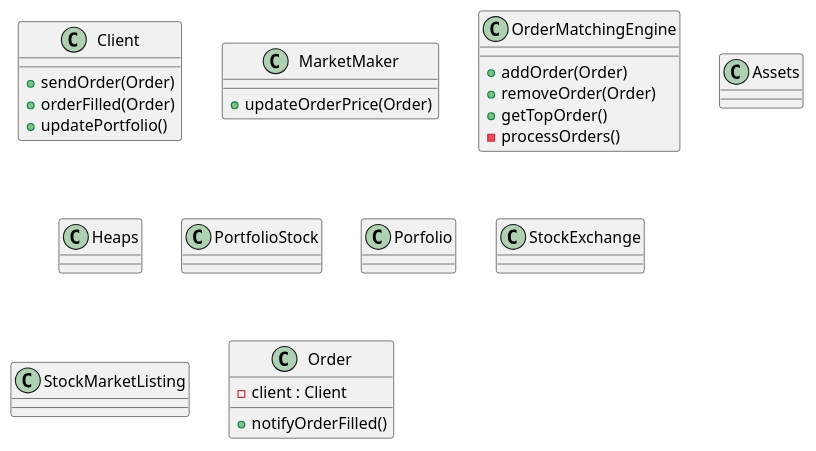
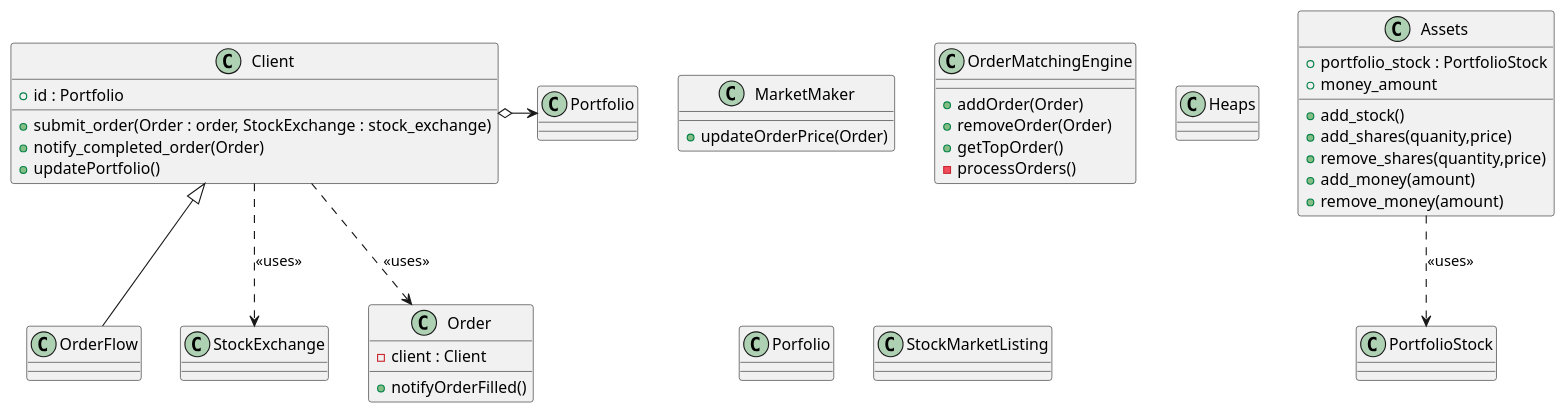
One commit to oli3161/TradingSystem changed the diagram in trading/diagrams/exchange_logic.plantuml. Above: the diagram before and after it, drawn with PlantUML. The commit also changed 1 other file, not shown here.

Commit message:
slight uml changes and finish orderFlow

```diff
--- a/trading/diagrams/exchange_logic.plantuml
+++ b/trading/diagrams/exchange_logic.plantuml
@@ -1,62 +1,75 @@
 @startuml exchange_logic
 
 class Client{
-    +sendOrder(Order)
-    +orderFilled(Order)
+    + id : Portfolio
+    +submit_order(Order : order, StockExchange : stock_exchange)
+    +notify_completed_order(Order)
     +updatePortfolio()
 }
 
 class MarketMaker{
 +updateOrderPrice(Order)
 }
 
+class OrderFlow extends Client{
+
+}
 
 
 
 class OrderMatchingEngine{
     +addOrder(Order)
     +removeOrder(Order)
     +getTopOrder()
     -processOrders()
 }
 
 class Assets{
-
+    + portfolio_stock : PortfolioStock
+    + money_amount 
+    + add_stock()
+    + add_shares(quanity,price)
+    + remove_shares(quantity,price)
+    + add_money(amount)
+    + remove_money(amount)
 }
 
 class Heaps{
     
 }
 
 
 
 class PortfolioStock{
 }
 
 class Porfolio{
 
 }
 
 class StockExchange{
 
 }
 
 class StockMarketListing{
     
 }
 
 
 
 class Order{
     -client : Client
     +notifyOrderFilled()
 
 }
 
 
 
-
+Assets ..> PortfolioStock : <<uses>> 
+Client ..> StockExchange : <<uses>>
+Client ..> Order : <<uses>>
+Client o-> Portfolio
 
 
 
 @enduml
```
